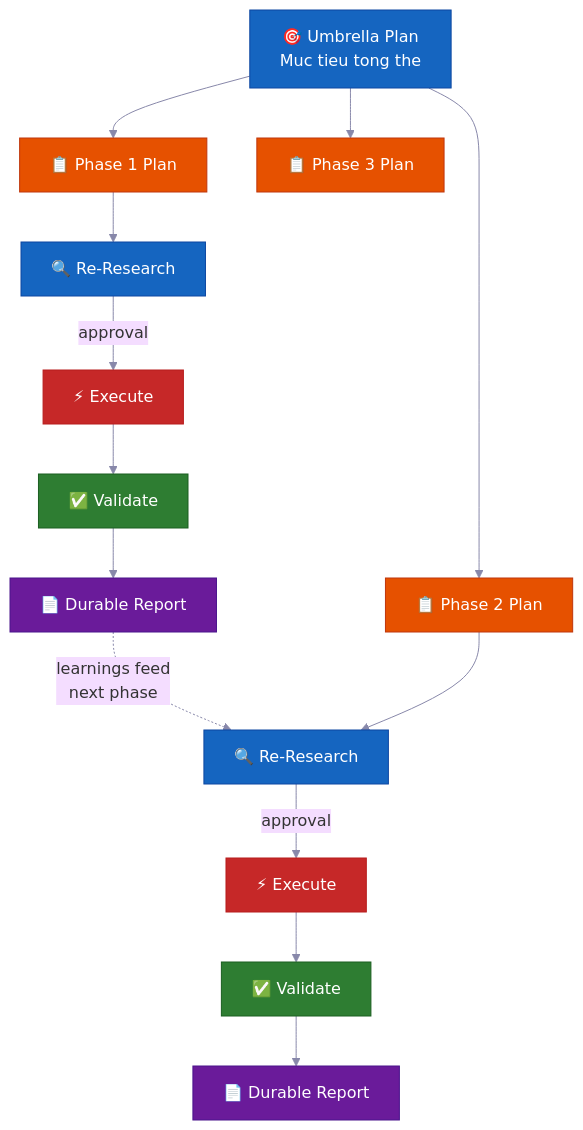
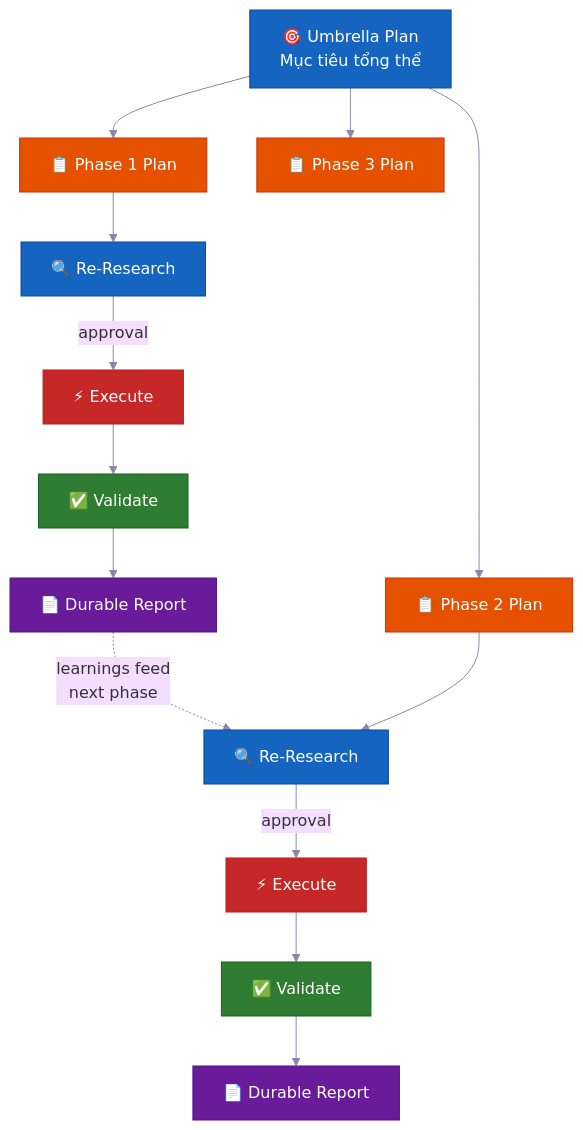
Before and after one commit to shan23/vibecode-pro-max-kit: the fourth of 4 diagrams in docs/i18n/README.vi-VN.md, drawn with Mermaid. The commit also changed other lines of this file and 4 other files, not shown here.

````diff
--- a/docs/i18n/README.vi-VN.md
+++ b/docs/i18n/README.vi-VN.md
@@ -906,46 +912,46 @@
 ```mermaid
 %%{init: {'theme': 'base', 'themeVariables': {'fontSize': '16px', 'lineColor': '#8888AA'}} }%%
 flowchart TD
-    UP["🎯 Umbrella Plan\nMuc tieu tong the"]
+    UP["🎯 Umbrella Plan\nMục tiêu tổng thể"]
     P1["📋 Phase 1 Plan"]
     P2["📋 Phase 2 Plan"]
     P3["📋 Phase 3 Plan"]
 
     R1["🔍 Re-Research"]
     E1["⚡ Execute"]
     V1["✅ Validate"]
     RP1["📄 Durable Report"]
 
     R2["🔍 Re-Research"]
     E2["⚡ Execute"]
     V2["✅ Validate"]
     RP2["📄 Durable Report"]
 
     UP --> P1
     UP --> P2
     UP --> P3
 
     P1 --> R1
     R1 -->|"approval"| E1
     E1 --> V1
     V1 --> RP1
     RP1 -.->|"learnings feed\nnext phase"| R2
 
     P2 --> R2
     R2 -->|"approval"| E2
     E2 --> V2
     V2 --> RP2
 
     style UP fill:#1565C0,stroke:#0D47A1,color:#FFFFFF
     style P1 fill:#E65100,stroke:#BF360C,color:#FFFFFF
     style P2 fill:#E65100,stroke:#BF360C,color:#FFFFFF
     style P3 fill:#E65100,stroke:#BF360C,color:#FFFFFF
     style R1 fill:#1565C0,stroke:#0D47A1,color:#FFFFFF
     style E1 fill:#C62828,stroke:#B71C1C,color:#FFFFFF
     style V1 fill:#2E7D32,stroke:#1B5E20,color:#FFFFFF
     style RP1 fill:#6A1B9A,stroke:#4A148C,color:#FFFFFF
     style R2 fill:#1565C0,stroke:#0D47A1,color:#FFFFFF
     style E2 fill:#C62828,stroke:#B71C1C,color:#FFFFFF
     style V2 fill:#2E7D32,stroke:#1B5E20,color:#FFFFFF
     style RP2 fill:#6A1B9A,stroke:#4A148C,color:#FFFFFF
 ```
````
